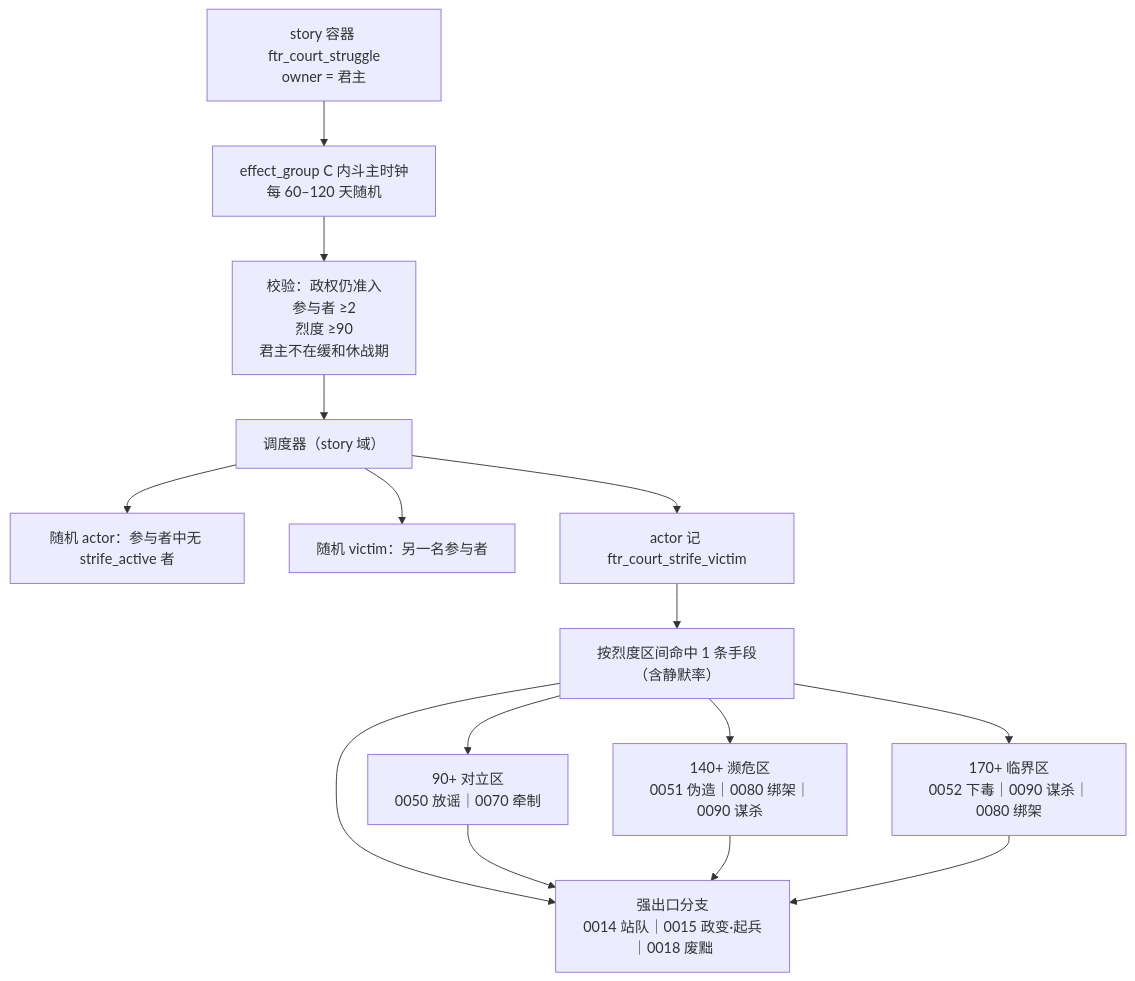
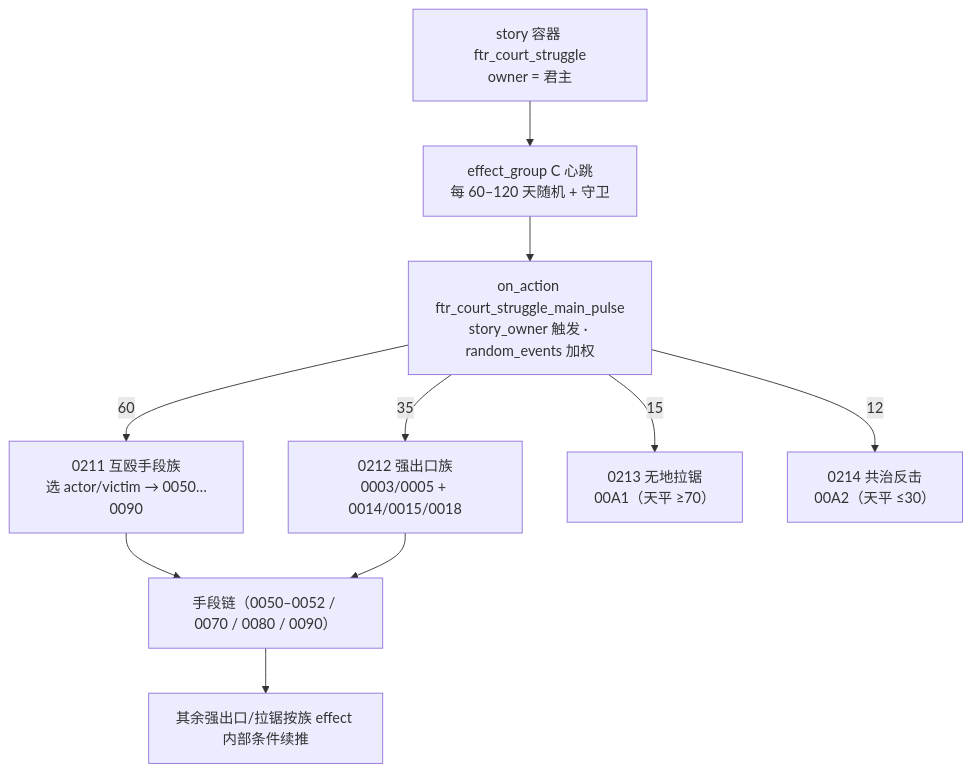
The diagram in document/task_design/01-朝堂权力角逐-系统设计.md (FeronCompany/ck3_for_the_realm), drawn with Mermaid before and after one commit. The commit also changed other lines of this file and 8 other files, not shown here.

````diff
--- a/document/task_design/01-朝堂权力角逐-系统设计.md
+++ b/document/task_design/01-朝堂权力角逐-系统设计.md
@@ -202,17 +204,12 @@
 ```mermaid
 flowchart TD
-    ST["story 容器 ftr_court_struggle<br/>owner = 君主"] --> EG["effect_group C 内斗主时钟<br/>每 60–120 天随机"]
-    EG --> G["校验：政权仍准入<br/>参与者 ≥2<br/>烈度 ≥90<br/>君主不在缓和休战期"]
-    G --> DISP["调度器（story 域）"]
-    DISP --> PA["随机 actor：参与者中无 strife_active 者"]
-    DISP --> PV["随机 victim：另一名参与者"]
-    DISP --> SV["actor 记 ftr_court_strife_victim"]
-    SV --> BAND["按烈度区间命中 1 条手段（含静默率）"]
-    BAND --> A["90+ 对立区<br/>0050 放谣｜0070 牵制"]
-    BAND --> B["140+ 濒危区<br/>0051 伪造｜0080 绑架｜0090 谋杀"]
-    BAND --> C["170+ 临界区<br/>0052 下毒｜0090 谋杀｜0080 绑架"]
-    BAND --> D["强出口分支<br/>0014 站队｜0015 政变·起兵｜0018 废黜"]
-    A --> D
-    B --> D
-    C --> D
+    ST["story 容器 ftr_court_struggle<br/>owner = 君主"] --> EG["effect_group C 心跳<br/>每 60–120 天随机 + 守卫"]
+    EG --> OA["on_action ftr_court_struggle_main_pulse<br/>story_owner 触发 · random_events 加权"]
+    OA -- 60 --> F1["0211 互殴手段族<br/>选 actor/victim → 0050…0090"]
+    OA -- 35 --> F2["0212 强出口族<br/>0003/0005 + 0014/0015/0018"]
+    OA -- 15 --> F3["0213 无地拉锯<br/>00A1（天平 ≥70）"]
+    OA -- 12 --> F4["0214 共治反击<br/>00A2（天平 ≤30）"]
+    F1 --> D["手段链（0050–0052 / 0070 / 0080 / 0090）"]
+    F2 --> D
+    D --> R["其余强出口/拉锯按族 effect 内部条件续推"]
 ```
````
